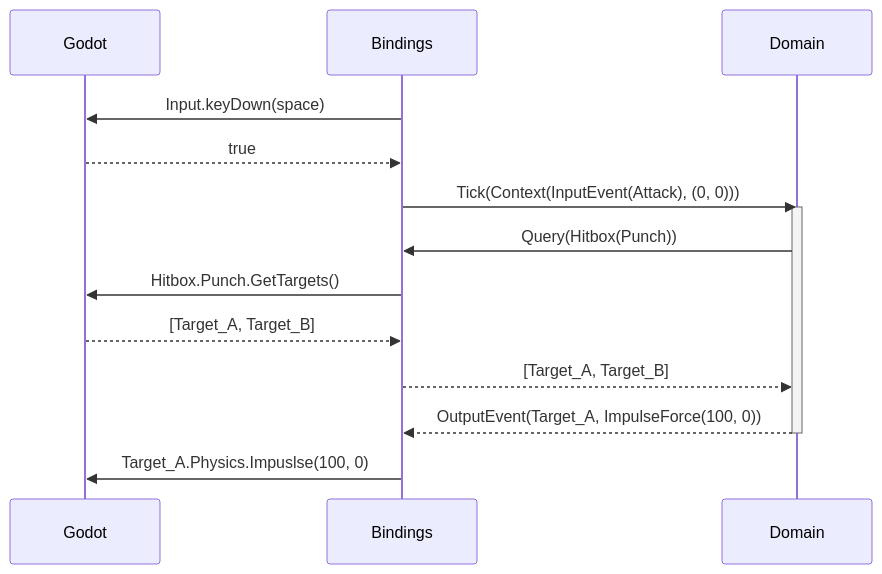
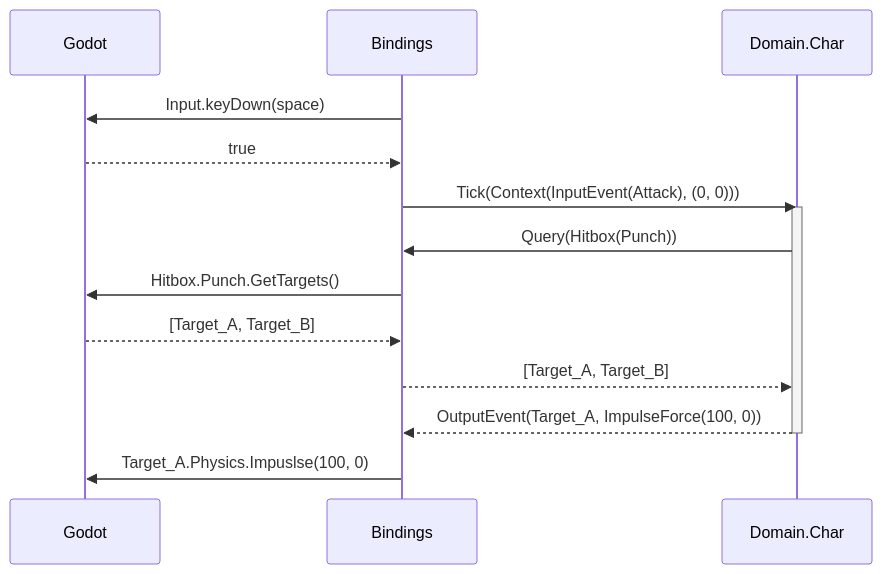
One commit to dsmiller95/Plantformer changed the second of 3 diagrams in ArchitectureDescisionLog/ADR-01-DomainArchitecture.md. Above: the diagram before and after it, drawn with Mermaid. The commit also changed other lines of this file, not shown here.

Commit message:
more noodling on architecture

````diff
--- a/ArchitectureDescisionLog/ADR-01-DomainArchitecture.md
+++ b/ArchitectureDescisionLog/ADR-01-DomainArchitecture.md
@@ -115,17 +115,17 @@
 ```mermaid
 sequenceDiagram
   participant Godot
   participant Bindings
-  participant Domain
+  participant Domain.Char
   Bindings->>Godot: Input.keyDown(space)
   Godot-->>Bindings: true
-  Bindings->>Domain: Tick(Context(InputEvent(Attack), (0, 0)))
-  activate Domain
-  Domain->>Bindings: Query(Hitbox(Punch))
+  Bindings->>Domain.Char: Tick(Context(InputEvent(Attack), (0, 0)))
+  activate Domain.Char
+  Domain.Char->>Bindings: Query(Hitbox(Punch))
   Bindings ->>Godot: Hitbox.Punch.GetTargets()
   Godot-->>Bindings: [Target_A, Target_B]
-  Bindings-->>Domain: [Target_A, Target_B]
-  Domain-->>Bindings: OutputEvent(Target_A, ImpulseForce(100, 0))
-  deactivate Domain
+  Bindings-->>Domain.Char: [Target_A, Target_B]
+  Domain.Char-->>Bindings: OutputEvent(Target_A, ImpulseForce(100, 0))
+  deactivate Domain.Char
   Bindings->>Godot: Target_A.Physics.Impuslse(100, 0)
 ```
````
